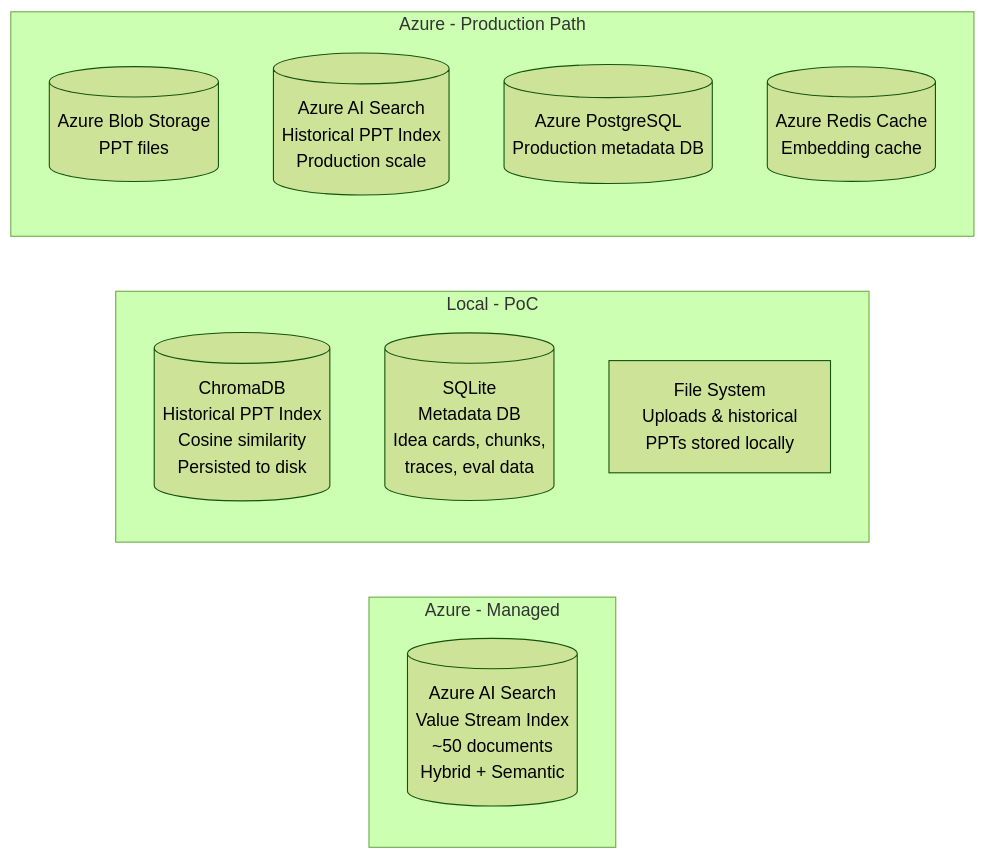
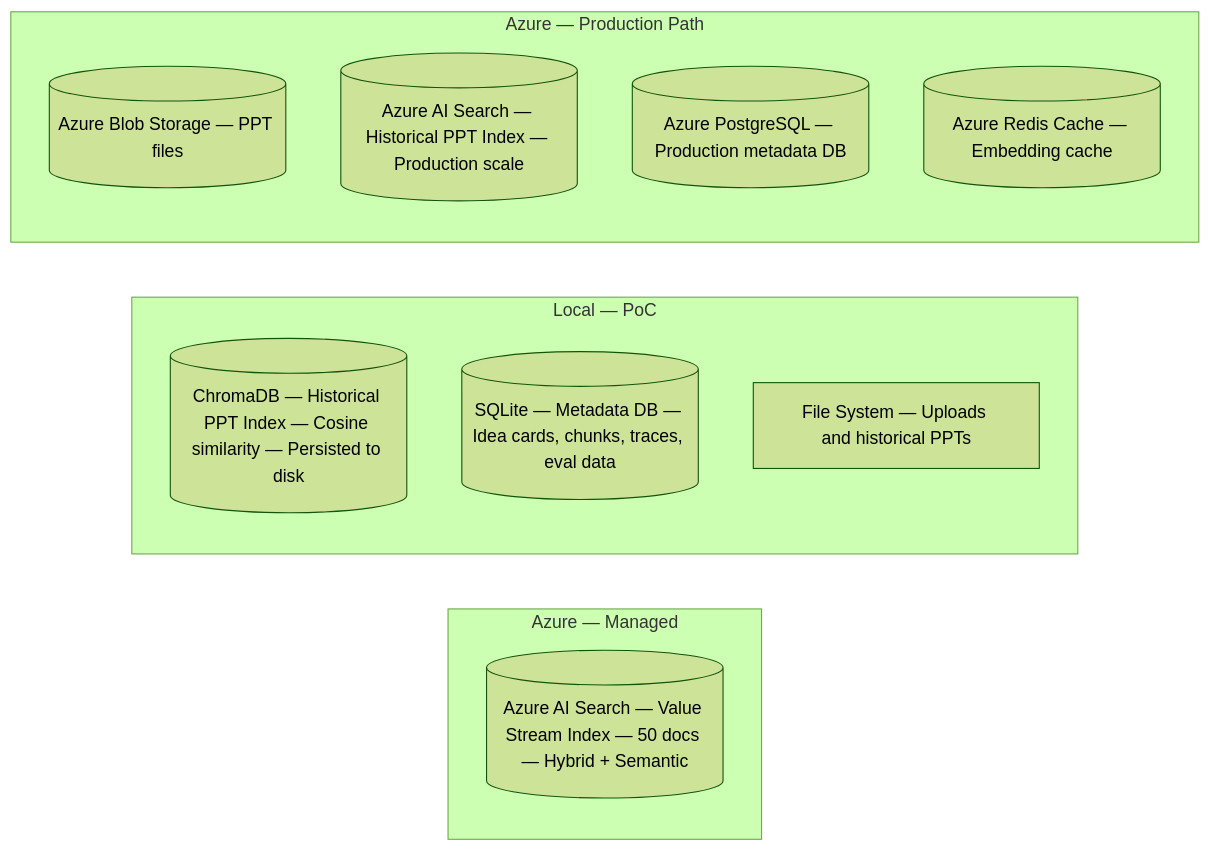
Before and after one commit to Soul-Eater69/value-stream-rag: the eighth of 8 diagrams in docs/ARCHITECTURE.md, drawn with Mermaid (forest theme). The commit also changed other lines of this file and 1 other file, not shown here.

First line of the commit message:
fix: correct Mermaid syntax errors in architecture diagrams

````diff
--- a/docs/ARCHITECTURE.md
+++ b/docs/ARCHITECTURE.md
@@ -871,19 +871,19 @@
 ```mermaid
 graph LR
-    subgraph Azure - Managed
-        AZS[(Azure AI Search\nValue Stream Index\n~50 documents\nHybrid + Semantic)]
+    subgraph AzureManaged["Azure — Managed"]
+        AZS[("Azure AI Search — Value Stream Index — 50 docs — Hybrid + Semantic")]
     end
 
-    subgraph Local - PoC
-        CDB[(ChromaDB\nHistorical PPT Index\nCosine similarity\nPersisted to disk)]
-        SDB[(SQLite\nMetadata DB\nIdea cards, chunks,\ntraces, eval data)]
-        FS[File System\nUploads & historical\nPPTs stored locally]
+    subgraph LocalPoC["Local — PoC"]
+        CDB[("ChromaDB — Historical PPT Index — Cosine similarity — Persisted to disk")]
+        SDB[("SQLite — Metadata DB — Idea cards, chunks, traces, eval data")]
+        FS["File System — Uploads and historical PPTs"]
     end
 
-    subgraph Azure - Production Path
-        ABS[(Azure Blob Storage\nPPT files)]
-        AZSI[(Azure AI Search\nHistorical PPT Index\nProduction scale)]
-        AZPS[(Azure PostgreSQL\nProduction metadata DB)]
-        AZRC[(Azure Redis Cache\nEmbedding cache)]
+    subgraph AzureProd["Azure — Production Path"]
+        ABS[("Azure Blob Storage — PPT files")]
+        AZSI[("Azure AI Search — Historical PPT Index — Production scale")]
+        AZPS[("Azure PostgreSQL — Production metadata DB")]
+        AZRC[("Azure Redis Cache — Embedding cache")]
     end
 ```
````
